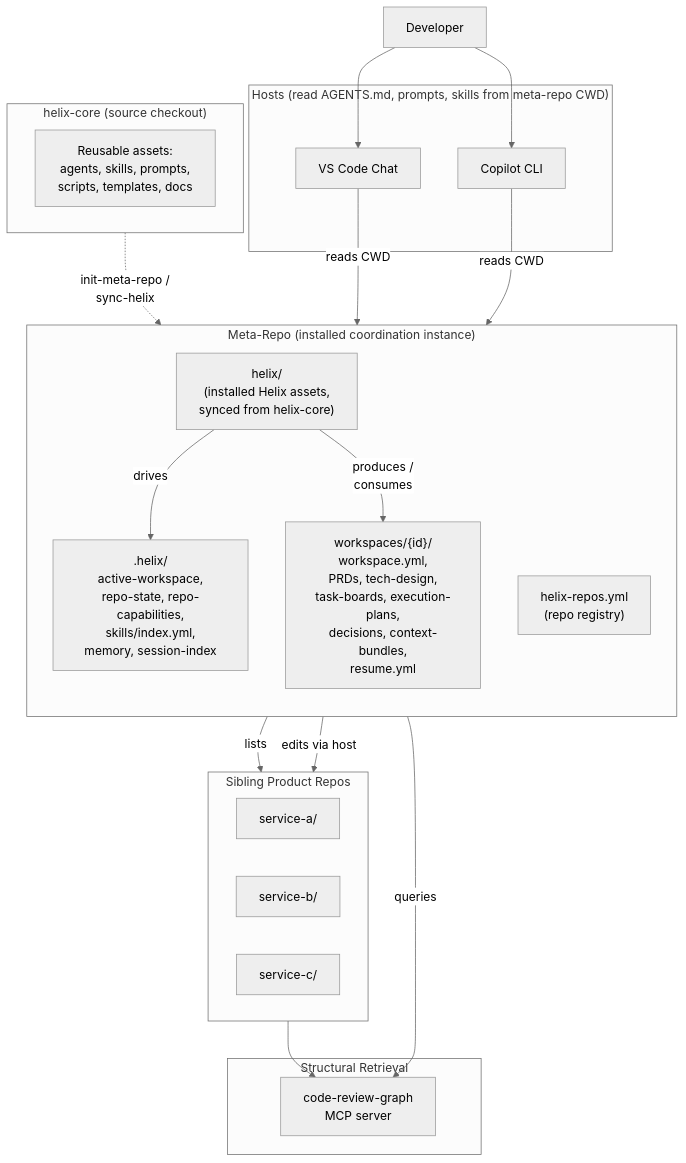
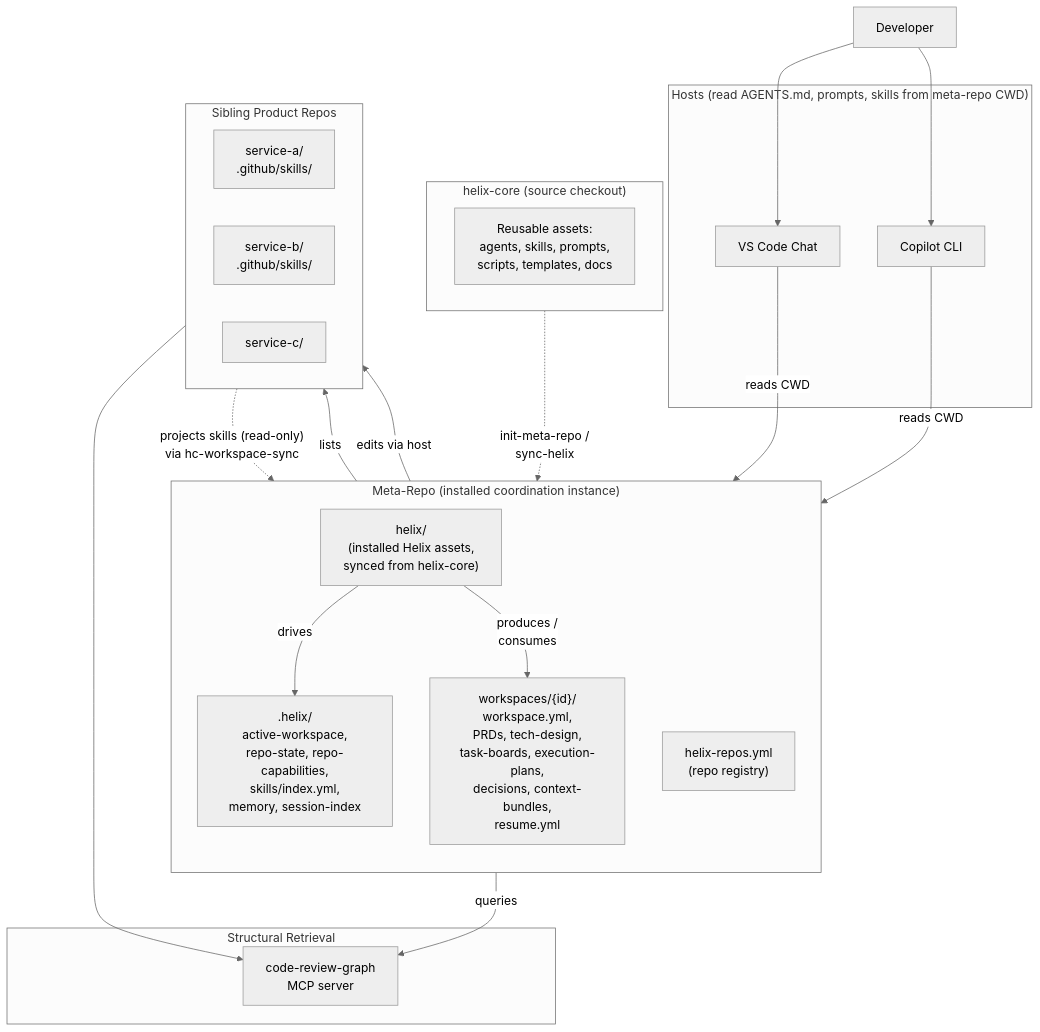
One commit to HariharanS/helix changed the first of 2 diagrams in README.md. Above: the diagram before and after it, drawn with Mermaid (neutral theme). The commit also changed other lines of this file and 18 other files, not shown here.

````diff
--- a/README.md
+++ b/README.md
@@ -40,47 +40,48 @@
 ```mermaid
 graph TB
     Dev[Developer]
 
     subgraph Hosts["Hosts (read AGENTS.md, prompts, skills from meta-repo CWD)"]
         VSCode[VS Code Chat]
         CLI[Copilot CLI]
     end
 
     Dev --> VSCode
     Dev --> CLI
 
     subgraph Source["helix-core (source checkout)"]
         SrcAssets[Reusable assets:<br/>agents, skills, prompts,<br/>scripts, templates, docs]
     end
 
     subgraph MetaRepo["Meta-Repo (installed coordination instance)"]
         direction TB
         Helix["helix/<br/>(installed Helix assets,<br/>synced from helix-core)"]
         Workspaces["workspaces/{id}/<br/>workspace.yml,<br/>PRDs, tech-design,<br/>task-boards, execution-plans,<br/>decisions, context-bundles,<br/>resume.yml"]
         State[".helix/<br/>active-workspace,<br/>repo-state, repo-capabilities,<br/>skills/index.yml,<br/>memory, session-index"]
         Registry["helix-repos.yml<br/>(repo registry)"]
     end
 
     Source -. "init-meta-repo /<br/>sync-helix" .-> Helix
 
     VSCode -- "reads CWD" --> MetaRepo
     CLI -- "reads CWD" --> MetaRepo
 
     Helix -- "drives" --> State
     Helix -- "produces /<br/>consumes" --> Workspaces
     Registry -- "lists" --> ProductRepos
 
     subgraph ProductRepos["Sibling Product Repos"]
-        RepoA[service-a/]
-        RepoB[service-b/]
+        RepoA["service-a/<br/>.github/skills/"]
+        RepoB["service-b/<br/>.github/skills/"]
         RepoC[service-c/]
     end
 
     subgraph Retrieval["Structural Retrieval"]
         CRG[code-review-graph<br/>MCP server]
     end
 
     ProductRepos --> CRG
     Helix -- "queries" --> CRG
     Helix -- "edits via host" --> ProductRepos
+    ProductRepos -. "projects skills (read-only)<br/>via hc-workspace-sync" .-> Helix
 ```
````
